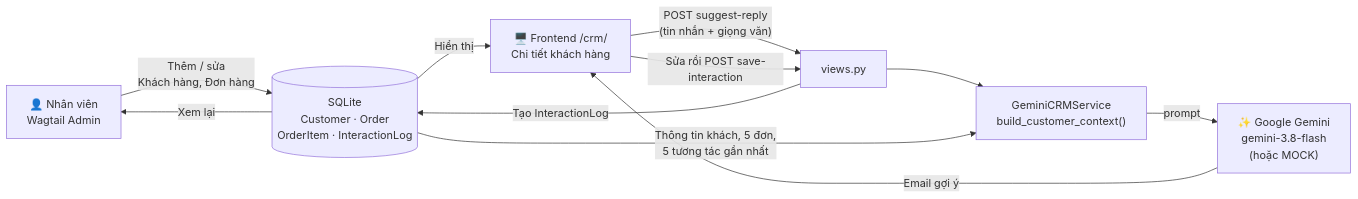
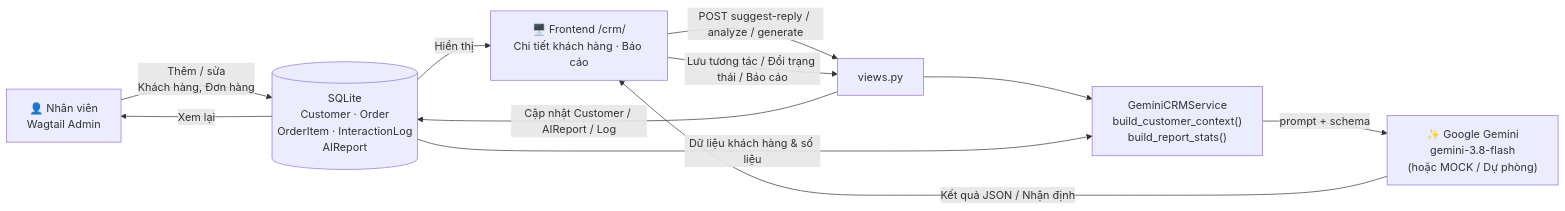
Before and after one commit to tbill111/Wagtail-CMS: the diagram in README.md, drawn with Mermaid. The commit also changed other lines of this file and 6 other files, not shown here.

````diff
--- a/README.md
+++ b/README.md
@@ -29,13 +30,13 @@
 ```mermaid
 flowchart LR
-    A["👤 Nhân viên<br/>Wagtail Admin"] -->|"Thêm / sửa<br/>Khách hàng, Đơn hàng"| DB[("SQLite<br/>Customer · Order<br/>OrderItem · InteractionLog")]
-    DB -->|"Hiển thị"| F["🖥️ Frontend /crm/<br/>Chi tiết khách hàng"]
-    F -->|"POST suggest-reply<br/>(tin nhắn + giọng văn)"| V["views.py"]
-    V --> S["GeminiCRMService<br/>build_customer_context()"]
-    DB -->|"Thông tin khách, 5 đơn,<br/>5 tương tác gần nhất"| S
-    S -->|"prompt"| G["✨ Google Gemini<br/>gemini-3.8-flash<br/>(hoặc MOCK)"]
-    G -->|"Email gợi ý"| F
-    F -->|"Sửa rồi POST save-interaction"| V
-    V -->|"Tạo InteractionLog"| DB
+    A["👤 Nhân viên<br/>Wagtail Admin"] -->|"Thêm / sửa<br/>Khách hàng, Đơn hàng"| DB[("SQLite<br/>Customer · Order<br/>OrderItem · InteractionLog<br/>AIReport")]
+    DB -->|"Hiển thị"| F["🖥️ Frontend /crm/<br/>Chi tiết khách hàng · Báo cáo"]
+    F -->|"POST suggest-reply / analyze / generate"| V["views.py"]
+    V --> S["GeminiCRMService<br/>build_customer_context()<br/>build_report_stats()"]
+    DB -->|"Dữ liệu khách hàng & số liệu"| S
+    S -->|"prompt + schema"| G["✨ Google Gemini<br/>gemini-3.8-flash<br/>(hoặc MOCK / Dự phòng)"]
+    G -->|"Kết quả JSON / Nhận định"| F
+    F -->|"Lưu tương tác / Đổi trạng thái / Báo cáo"| V
+    V -->|"Cập nhật Customer / AIReport / Log"| DB
     DB -->|"Xem lại"| A
 ```
````
